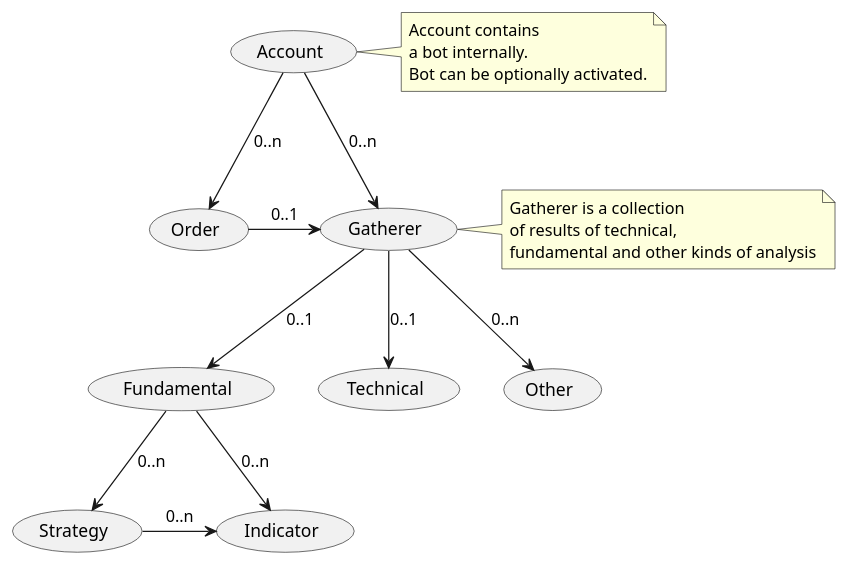
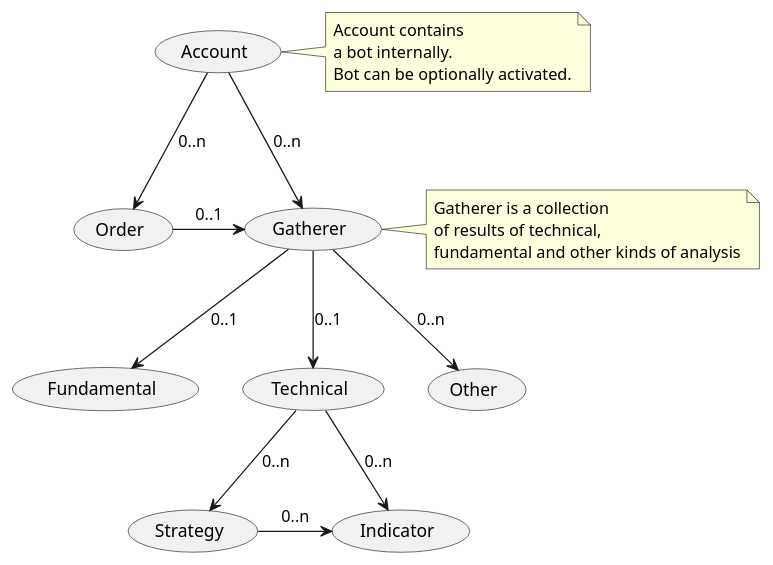
Before and after one commit to R-tooR/tradebot-game-concept: the diagram in aggregates.puml, drawn with PlantUML. The commit also changed 1 other file, not shown here.

Commit message:
Sequence diagram (high-level) for recommendation gathering

```diff
--- a/aggregates.puml
+++ b/aggregates.puml
@@ -1,40 +1,40 @@
 @startuml
 'https://plantuml.com/use-case-diagram
 
 (Gatherer) as (Gath)
 (Order) as (Ord)
 (Fundamental) as (Fund)
 (Technical) as (Tech)
 (Account) as (Acc)
 (Other) as (Othr)
 (Strategy) as (Str)
 (Indicator) as (Ind)
 
 (Gath) --> (Tech) : 0..1
 (Gath) --> (Fund) : 0..1
 (Gath) --> (Othr) : 0..n
 (Ord) -> (Gath) : 0..1
 (Acc) --> (Gath) : 0..n
 (Acc) --> (Ord) : 0..n
-(Fund) --> (Str) : 0..n
-(Fund) --> (Ind) : 0..n
+(Tech) --> (Str) : 0..n
+(Tech) --> (Ind) : 0..n
 (Str) -> (Ind) : 0..n
 
 note right of (Acc)
   Account contains
   a bot internally.
   Bot can be optionally activated.
 end note
 
 note right of (Gath)
   Gatherer is a collection
   of results of technical,
   fundamental and other kinds of analysis
 end note
 
 'Admin ---> (Use) : 0to1
 
 'note "This note is connected\nto several objects." as N2
 '(Start) .. N2
 'N2 .. (Use)
 @enduml
```
